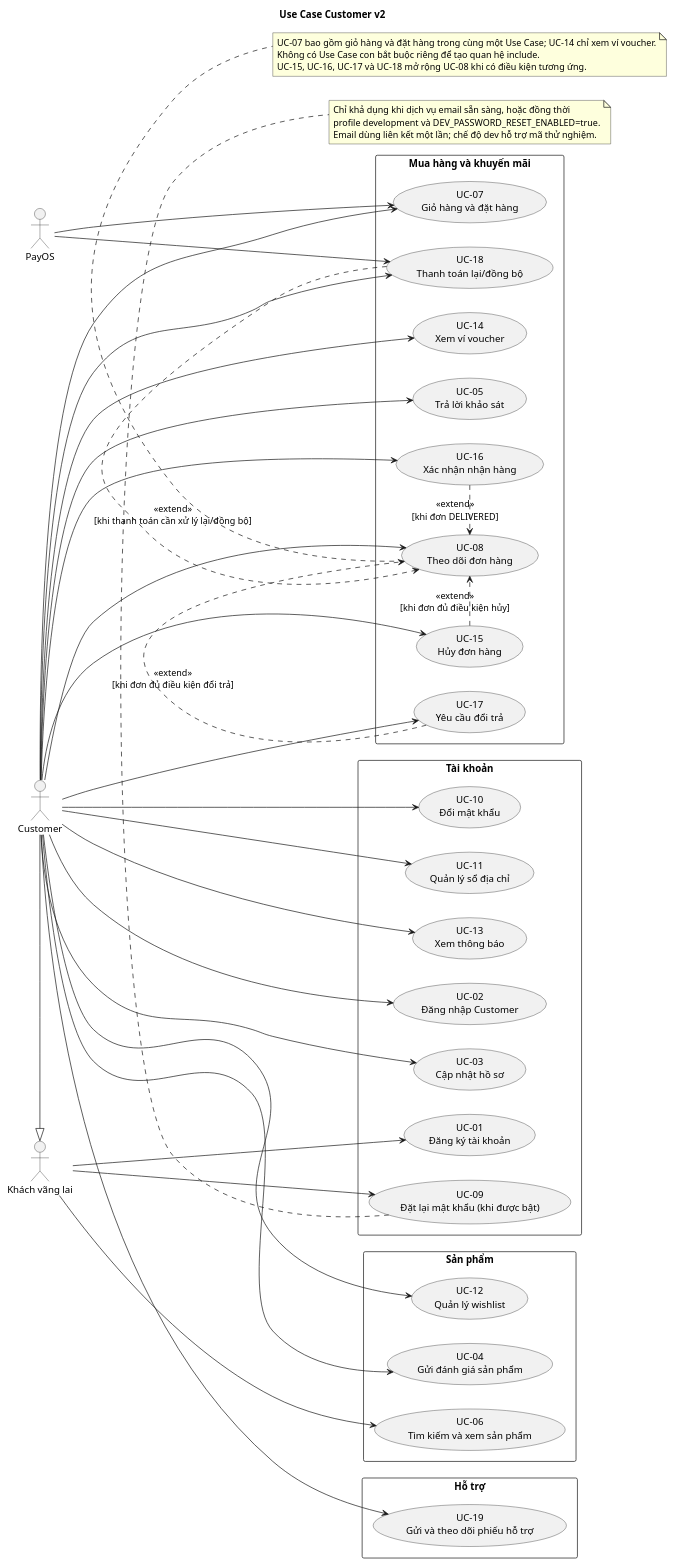
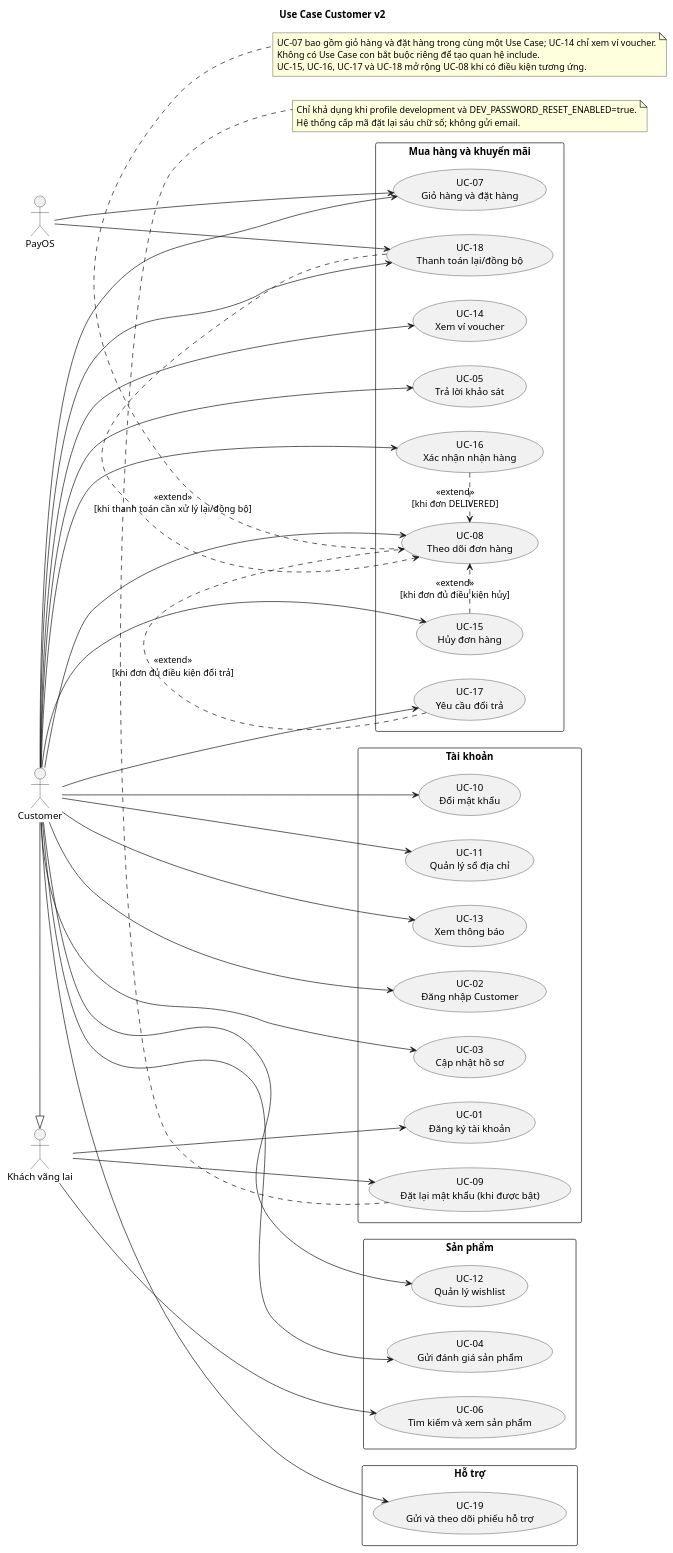
One commit to duygri/do-an-htttdn-crm changed the diagram in docs/use-cases/use-case-diagrams-v2.puml. Above: the diagram before and after it, drawn with PlantUML. The commit also changed 24 other files, not shown here.

```diff
--- a/docs/use-cases/use-case-diagrams-v2.puml
+++ b/docs/use-cases/use-case-diagrams-v2.puml
@@ -1,73 +1,72 @@
 @startuml
 title Use Case Customer v2
 left to right direction
 skinparam packageStyle rectangle
 skinparam shadowing false
 actor "Khách vãng lai" as Guest
 actor Customer
 actor PayOS
 Customer -|> Guest
 
 package "Tài khoản" {
   usecase "UC-01\nĐăng ký tài khoản" as C01
   usecase "UC-02\nĐăng nhập Customer" as C02
   usecase "UC-03\nCập nhật hồ sơ" as C03
   usecase "UC-09\nĐặt lại mật khẩu (khi được bật)" as C09
   usecase "UC-10\nĐổi mật khẩu" as C10
   usecase "UC-11\nQuản lý sổ địa chỉ" as C11
   usecase "UC-13\nXem thông báo" as C13
 }
 package "Sản phẩm" {
   usecase "UC-06\nTìm kiếm và xem sản phẩm" as C06
   usecase "UC-04\nGửi đánh giá sản phẩm" as C04
   usecase "UC-12\nQuản lý wishlist" as C12
 }
 package "Mua hàng và khuyến mãi" {
   usecase "UC-07\nGiỏ hàng và đặt hàng" as C07
   usecase "UC-08\nTheo dõi đơn hàng" as C08
   usecase "UC-15\nHủy đơn hàng" as C15
   usecase "UC-16\nXác nhận nhận hàng" as C16
   usecase "UC-17\nYêu cầu đổi trả" as C17
   usecase "UC-18\nThanh toán lại/đồng bộ" as C18
   usecase "UC-14\nXem ví voucher" as C14
   usecase "UC-05\nTrả lời khảo sát" as C05
 }
 package "Hỗ trợ" {
   usecase "UC-19\nGửi và theo dõi phiếu hỗ trợ" as C19
 }
 Guest --> C06
 Guest --> C01
 Customer --> C02
 Customer --> C03
 Customer --> C04
 Customer --> C05
 Customer --> C07
 Customer --> C08
 Guest --> C09
 Customer --> C10
 Customer --> C11
 Customer --> C12
 Customer --> C13
 Customer --> C14
 Customer --> C15
 Customer --> C16
 Customer --> C17
 Customer --> C18
 Customer --> C19
 PayOS --> C07
 PayOS --> C18
 C16 .> C08 : <<extend>>\n[khi đơn DELIVERED]
 C15 .> C08 : <<extend>>\n[khi đơn đủ điều kiện hủy]
 C17 .> C08 : <<extend>>\n[khi đơn đủ điều kiện đổi trả]
 C18 .> C08 : <<extend>>\n[khi thanh toán cần xử lý lại/đồng bộ]
 note bottom of C09
-Chỉ khả dụng khi dịch vụ email sẵn sàng, hoặc đồng thời
-profile development và DEV_PASSWORD_RESET_ENABLED=true.
-Email dùng liên kết một lần; chế độ dev hỗ trợ mã thử nghiệm.
+Chỉ khả dụng khi profile development và DEV_PASSWORD_RESET_ENABLED=true.
+Hệ thống cấp mã đặt lại sáu chữ số; không gửi email.
 end note
 note bottom of C08
 UC-07 bao gồm giỏ hàng và đặt hàng trong cùng một Use Case; UC-14 chỉ xem ví voucher.
 Không có Use Case con bắt buộc riêng để tạo quan hệ include.
 UC-15, UC-16, UC-17 và UC-18 mở rộng UC-08 khi có điều kiện tương ứng.
 end note
 @enduml
```
